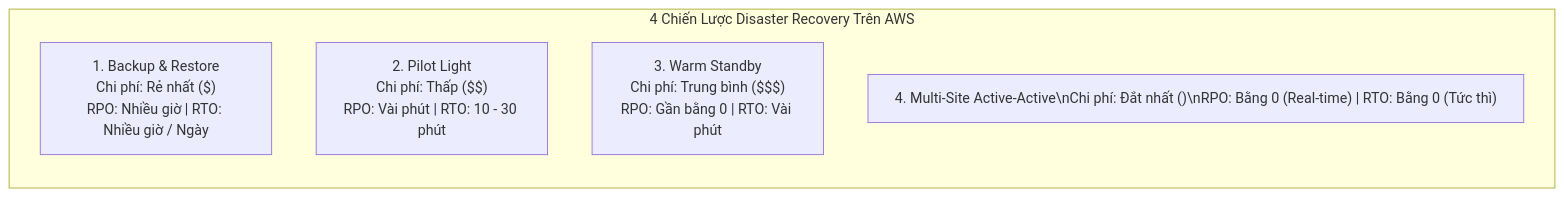
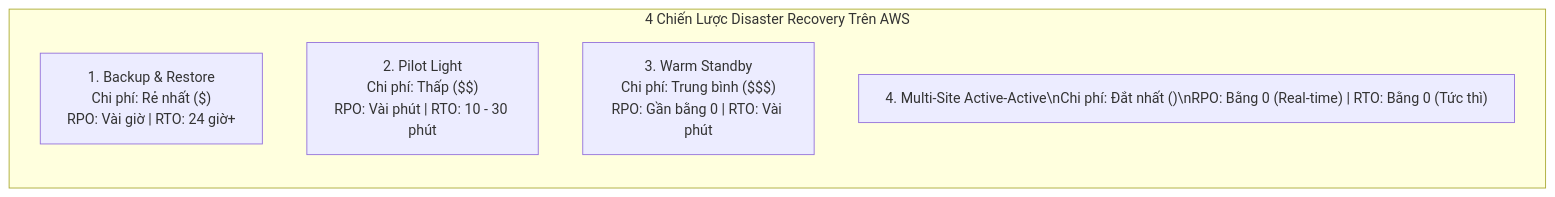
One commit to nhatphanhk/AWS_XBrain_Note changed the second of 4 diagrams in AWS_Services/Disaster_Recovery_Migration.md. Above: the diagram before and after it, drawn with Mermaid. The commit also changed other lines of this file and 15 other files, not shown here.

````diff
--- a/AWS_Services/Disaster_Recovery_Migration.md
+++ b/AWS_Services/Disaster_Recovery_Migration.md
@@ -33,10 +38,10 @@
 ```mermaid
 flowchart TD
     subgraph Strategies[4 Chiến Lược Disaster Recovery Trên AWS]
         direction TB
-        S1["1. Backup & Restore\nChi phí: Rẻ nhất ($)\nRPO: Nhiều giờ | RTO: Nhiều giờ / Ngày"]
+        S1["1. Backup & Restore\nChi phí: Rẻ nhất ($)\nRPO: Vài giờ | RTO: 24 giờ+"]
         S2["2. Pilot Light\nChi phí: Thấp ($$)\nRPO: Vài phút | RTO: 10 - 30 phút"]
         S3["3. Warm Standby\nChi phí: Trung bình ($$$)\nRPO: Gần bằng 0 | RTO: Vài phút"]
         S4["4. Multi-Site Active-Active\nChi phí: Đắt nhất ($$$$)\nRPO: Bằng 0 (Real-time) | RTO: Bằng 0 (Tức thì)"]
     end
 ```
````
